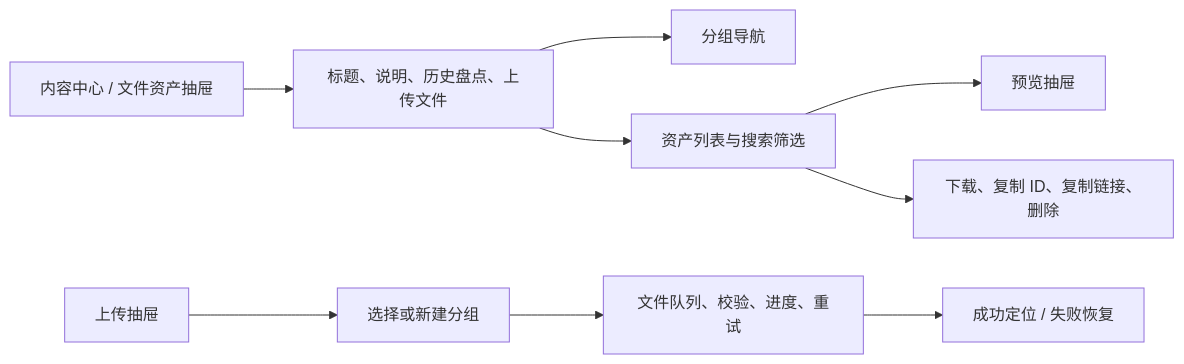
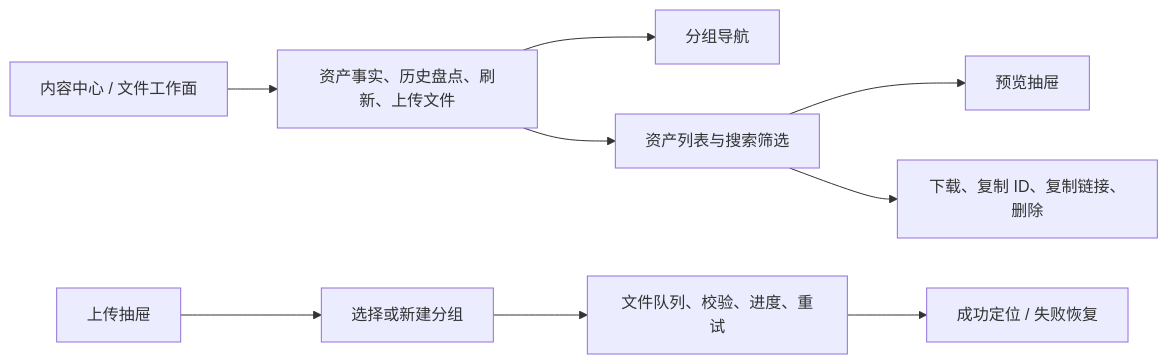
One commit to Dorian7Alden/LeetModel changed the diagram in docs/project/04-前端设计/07-业务模块详细设计/文件资产管理工作台 UIUX 设计.md. Above: the diagram before and after it, drawn with Mermaid. The commit also changed other lines of this file and 4 other files, not shown here.

````diff
--- a/docs/project/04-前端设计/07-业务模块详细设计/文件资产管理工作台 UIUX 设计.md
+++ b/docs/project/04-前端设计/07-业务模块详细设计/文件资产管理工作台 UIUX 设计.md
@@ -56,12 +56,12 @@
 ```mermaid
 flowchart LR
-    Entry[内容中心 / 文件资产抽屉]
-    Entry --> Header[标题、说明、历史盘点、上传文件]
+    Entry[内容中心 / 文件工作面]
+    Entry --> Header[资产事实、历史盘点、刷新、上传文件]
     Header --> Group[分组导航]
     Header --> List[资产列表与搜索筛选]
     List --> Preview[预览抽屉]
     List --> Actions[下载、复制 ID、复制链接、删除]
     Upload[上传抽屉] --> ChooseGroup[选择或新建分组]
     ChooseGroup --> Queue[文件队列、校验、进度、重试]
     Queue --> Result[成功定位 / 失败恢复]
 ```
````
